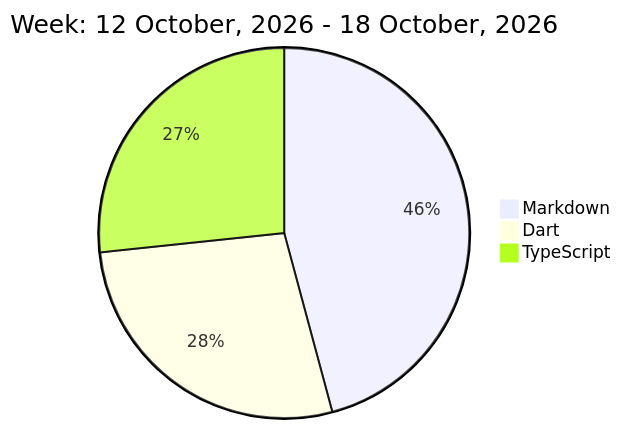
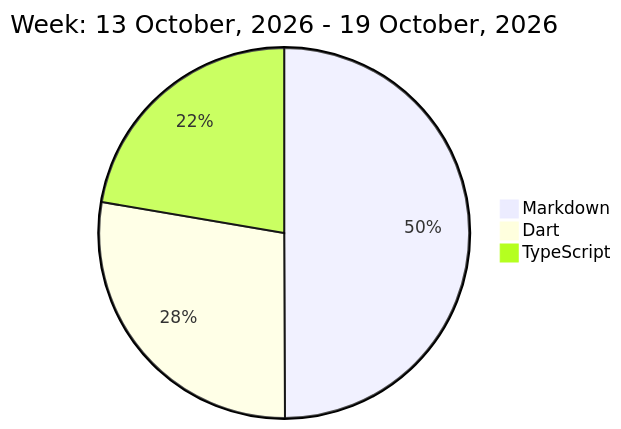
Before and after one commit to liubin95/liubin95: the diagram in README.md, drawn with Mermaid.

Commit message:
Updated the Graph with new Metrics

````diff
--- a/README.md
+++ b/README.md
@@ -32,7 +32,7 @@
 ```mermaid
  pie
-title Week: 12 October, 2026 - 18 October, 2026
- "Markdown" : 4.38
- "Dart" : 2.63
- "TypeScript" : 2.55
+title Week: 13 October, 2026 - 19 October, 2026
+ "Markdown" : 3.87
+ "Dart" : 2.15
+ "TypeScript" : 1.73
 ```
````
